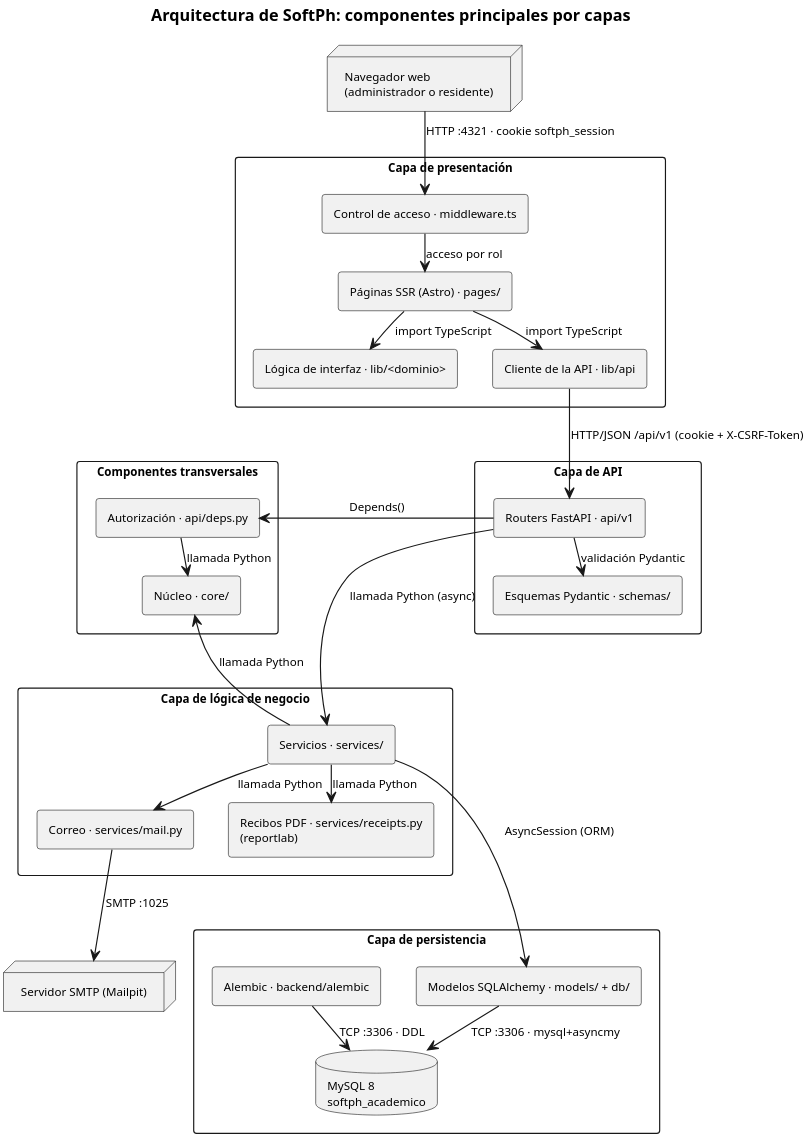
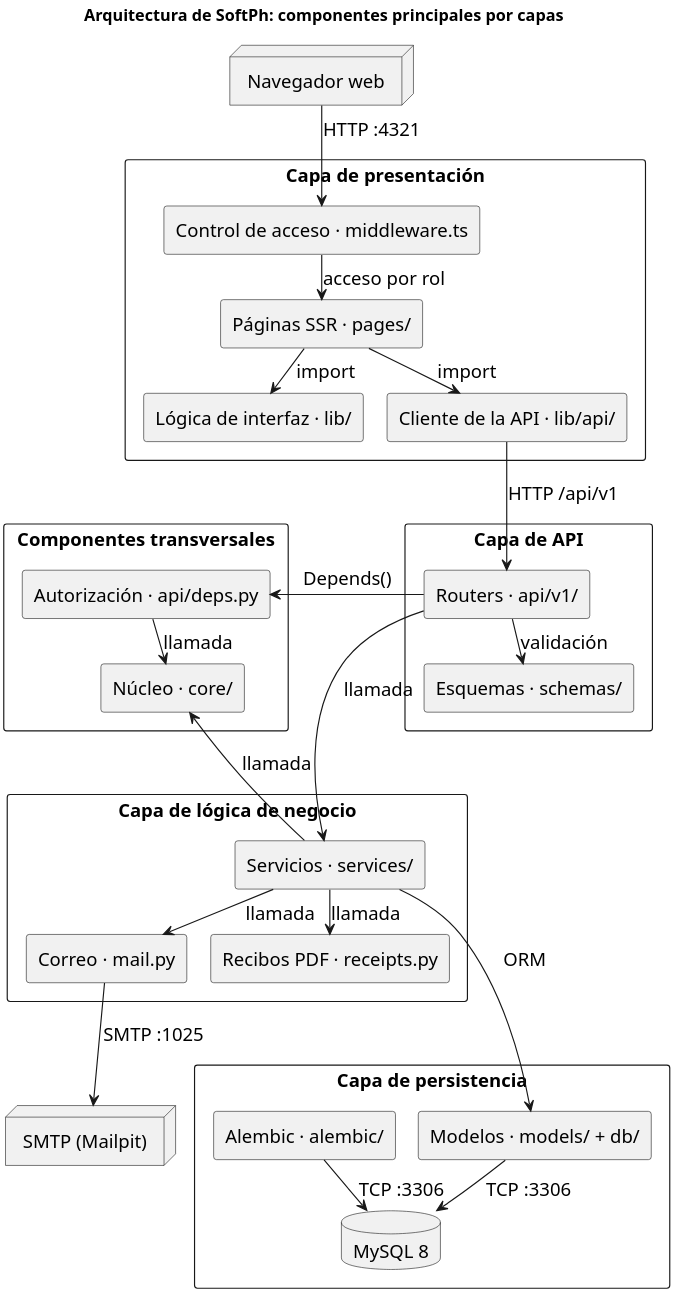
The diagram in docs/entrega-objetivos/arquitectura/componentes-resumen.puml (yilberDev/SoftPh-Academico), drawn with PlantUML before and after one commit. The commit also changed 64 other files, not shown here.

First line of the commit message:
docs(diagrams): regenerate report diagrams in black and white

```diff
--- a/docs/entrega-objetivos/arquitectura/componentes-resumen.puml
+++ b/docs/entrega-objetivos/arquitectura/componentes-resumen.puml
@@ -1,71 +1,75 @@
 @startuml
 ' Versión resumida del diagrama de componentes (componentes.puml), para una página carta vertical.
 ' Se lee de arriba abajo: cuatro capas y, a un lado, los componentes transversales.
 ' Las flechas solo van hacia abajo o hacia los componentes transversales.
 ' Solo los componentes principales y sus comunicaciones reales; detalle en ../correspondencia.md
-' y archivo y líneas de cada flecha en ../verificacion-arquitectura.md.
+' y archivo y líneas de cada flecha en ../verificacion-arquitectura.md. Nombres y etiquetas cortos
+' (protocolo y puerto, o el tipo de llamada) para leerse a 8 pt o más en una página carta vertical;
+' los protocolos completos están en la sección 9.1 del informe.
 skinparam dpi 300
+skinparam monochrome true
+skinparam backgroundColor white
 skinparam shadowing false
 skinparam defaultFontName Helvetica
-skinparam defaultFontSize 10
+skinparam defaultFontSize 16
 skinparam componentStyle rectangle
 skinparam packageStyle rectangle
-skinparam nodesep 30
-skinparam ranksep 18
+skinparam nodesep 20
+skinparam ranksep 10
 top to bottom direction
 title Arquitectura de SoftPh: componentes principales por capas
 
-node "Navegador web\n(administrador o residente)" as browser
+node "Navegador web" as browser
 
 package "Capa de presentación" as pres {
   [Control de acceso · middleware.ts] as mw
-  [Páginas SSR (Astro) · pages/] as pages
-  [Lógica de interfaz · lib/<dominio>] as lib
-  [Cliente de la API · lib/api] as client
+  [Páginas SSR · pages/] as pages
+  [Lógica de interfaz · lib/] as lib
+  [Cliente de la API · lib/api/] as client
 }
 
 package "Capa de API" as apil {
-  [Routers FastAPI · api/v1] as routers
-  [Esquemas Pydantic · schemas/] as schemas
+  [Routers · api/v1/] as routers
+  [Esquemas · schemas/] as schemas
 }
 
 package "Capa de lógica de negocio" as biz {
   [Servicios · services/] as services
-  [Recibos PDF · services/receipts.py\n(reportlab)] as receipts
-  [Correo · services/mail.py] as mail
+  [Recibos PDF · receipts.py] as receipts
+  [Correo · mail.py] as mail
 }
 
 package "Capa de persistencia" as pers {
-  [Modelos SQLAlchemy · models/ + db/] as models
-  [Alembic · backend/alembic] as alembic
-  database "MySQL 8\nsoftph_academico" as db
+  [Modelos · models/ + db/] as models
+  [Alembic · alembic/] as alembic
+  database "MySQL 8" as db
 }
 
 package "Componentes transversales" as trans {
   [Autorización · api/deps.py] as deps
   [Núcleo · core/] as core
 }
 
-node "Servidor SMTP (Mailpit)" as smtp
+node "SMTP (Mailpit)" as smtp
 
-browser --> mw : HTTP :4321 · cookie softph_session
+browser --> mw : HTTP :4321
 mw --> pages : acceso por rol
-pages --> lib : import TypeScript
-pages --> client : import TypeScript
-client --> routers : HTTP/JSON /api/v1 (cookie + X-CSRF-Token)
-routers --> schemas : validación Pydantic
-routers --> services : llamada Python (async)
+pages --> lib : import
+pages --> client : import
+client --> routers : HTTP /api/v1
+routers --> schemas : validación
+routers --> services : llamada
 routers -left-> deps : Depends()
-deps --> core : llamada Python
-services --> receipts : llamada Python
-services --> mail : llamada Python
-services -left-> core : llamada Python
-services --> models : AsyncSession (ORM)
-models --> db : TCP :3306 · mysql+asyncmy
-alembic --> db : TCP :3306 · DDL
+deps --> core : llamada
+services --> receipts : llamada
+services --> mail : llamada
+services -left-> core : llamada
+services --> models : ORM
+models --> db : TCP :3306
+alembic --> db : TCP :3306
 mail --> smtp : SMTP :1025
 ' Enlaces ocultos: solo fijan el orden vertical de las capas (no son comunicaciones).
 schemas -[hidden]-> services
 receipts -[hidden]-> alembic
 mail -[hidden]-> models
 @enduml
```
